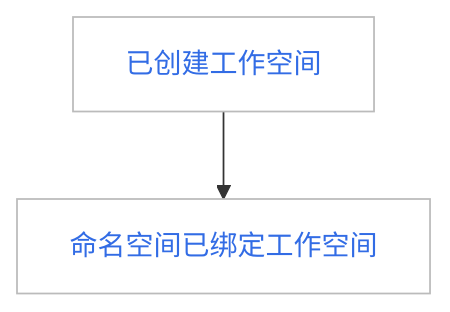
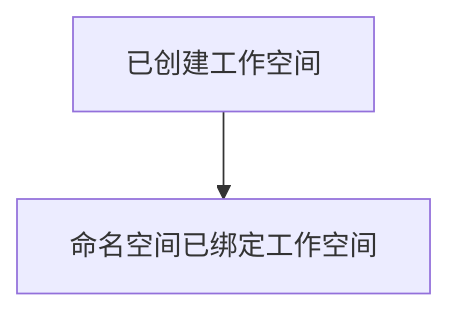
Before and after one commit to DaoCloud/DaoCloud-docs: the second of 3 diagrams in docs/zh/docs/kangaroo/quickstart/admin-registry.md, drawn with Mermaid. The commit also changed other lines of this file and 40 other files, not shown here.

Commit message:
remove classdef and class from mermaid blocks globally (#7555)

````diff
--- a/docs/zh/docs/kangaroo/quickstart/admin-registry.md
+++ b/docs/zh/docs/kangaroo/quickstart/admin-registry.md
@@ -50,14 +44,8 @@
 ```mermaid
 graph TB
 
 create[已创建工作空间] --> bind[命名空间已绑定工作空间]
 
-classDef plain fill:#ddd,stroke:#fff,stroke-width:1px,color:#000;
-classDef k8s fill:#326ce5,stroke:#fff,stroke-width:1px,color:#fff;
-classDef cluster fill:#fff,stroke:#bbb,stroke-width:1px,color:#326ce5;
-
-class create,bind cluster;
-
 click create "https://docs.daocloud.io/ghippo/user-guide/workspace/Workspaces/"
 click bind "https://docs.daocloud.io/ghippo/user-guide/workspace/quota/#_4"
 ```
````
